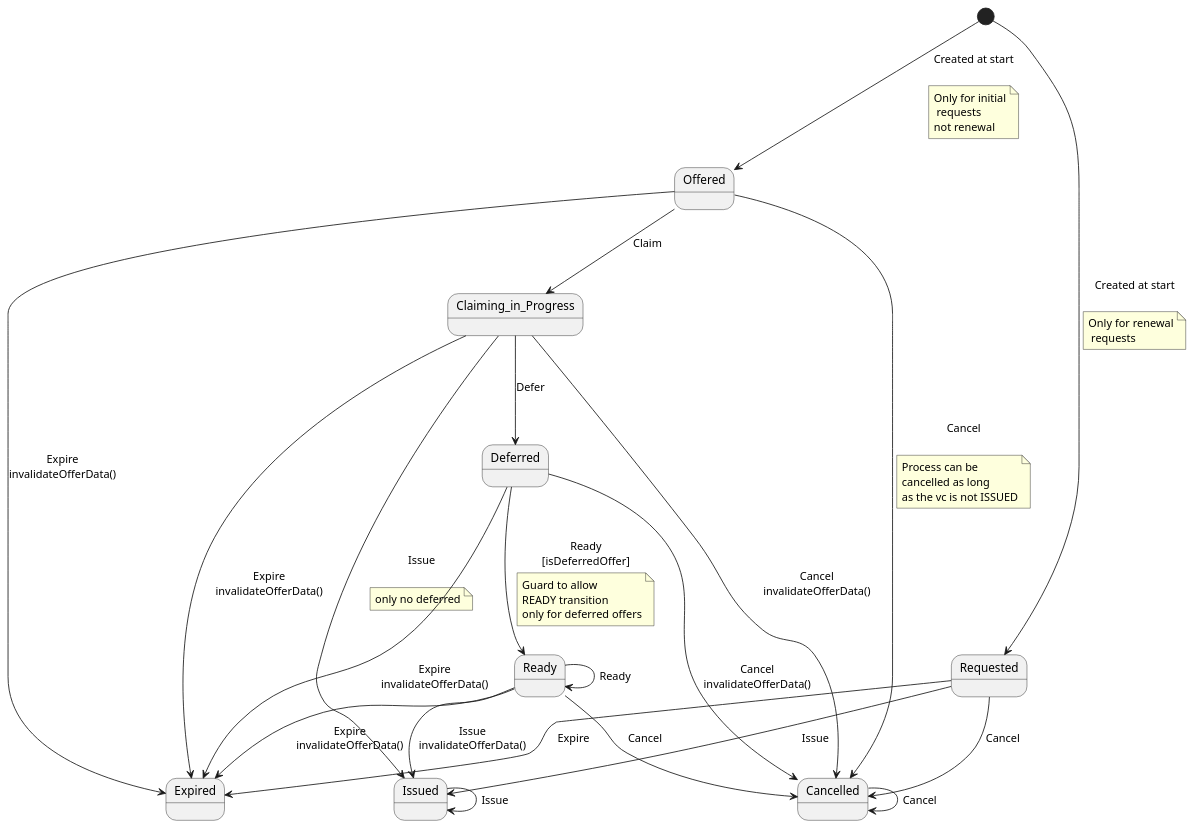
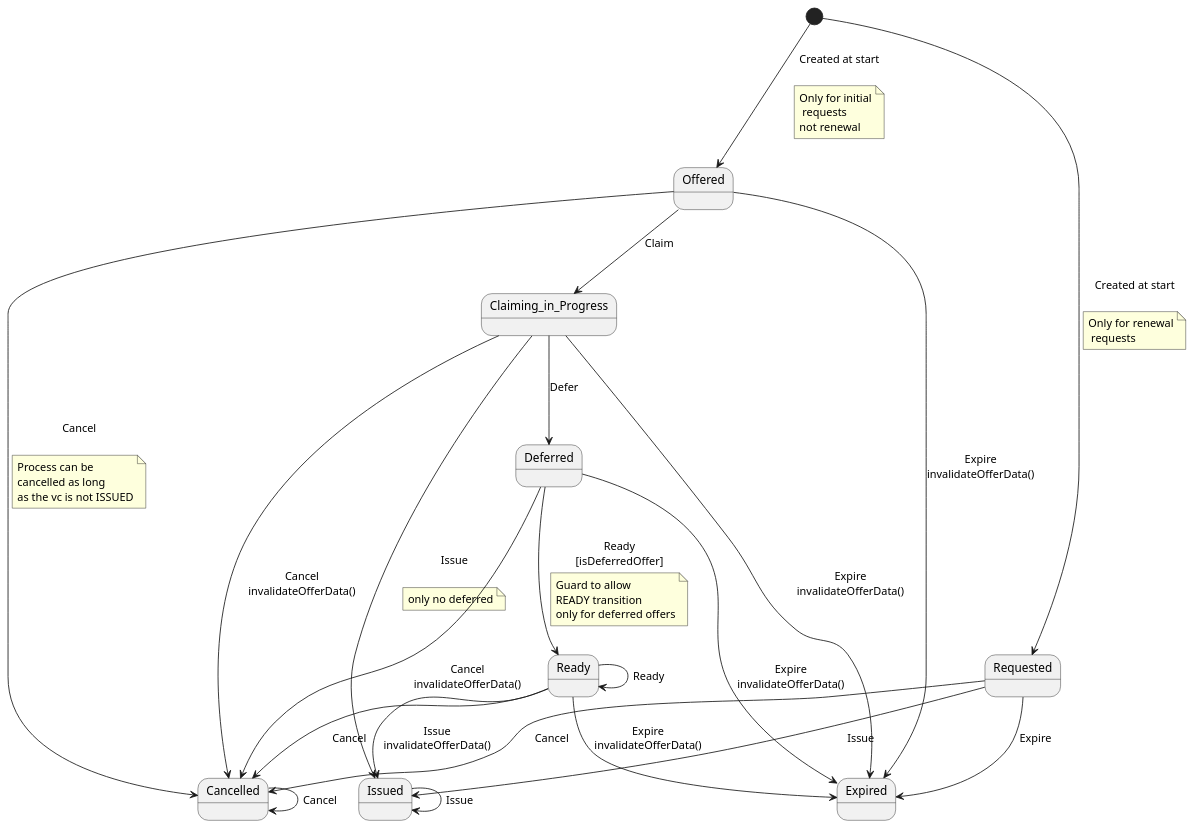
One commit to swiyu-admin-ch/swiyu-issuer changed the diagram in issuer-service/src/main/resources/plantuml/credentialOfferStateMachine.puml. Above: the diagram before and after it, drawn with PlantUML. The commit also changed other lines of this file and 17 other files, not shown here.

```diff
--- a/issuer-service/src/main/resources/plantuml/credentialOfferStateMachine.puml
+++ b/issuer-service/src/main/resources/plantuml/credentialOfferStateMachine.puml
@@ -1,58 +1,58 @@
 @startuml
+state Expired
 state Ready
-state Issued
-state Cancelled
-state Expired
+state Deferred
 state Claiming_in_Progress
 state Offered
 state Requested
-state Deferred
+state Cancelled
+state Issued
 [*] --> Offered : Created at start\n
 note on link
 Only for initial
  requests
 not renewal
 end note
 
 [*] --> Requested : Created at start\n
 note on link
 Only for renewal
  requests
 end note
 
 Requested --> Issued : Issue
 Requested --> Cancelled : Cancel
 Requested --> Expired : Expire
 Offered --> Cancelled : Cancel\n
 note on link
 Process can be
 cancelled as long
 as the vc is not ISSUED
 end note
 
 Offered --> Expired : Expire\ninvalidateOfferData()
 Offered --> Claiming_in_Progress : Claim
 Claiming_in_Progress --> Expired : Expire\ninvalidateOfferData()
 Claiming_in_Progress --> Deferred : Defer
 Claiming_in_Progress --> Issued : Issue\n
 note on link
 only no deferred
 end note
 
 Claiming_in_Progress --> Cancelled : Cancel\ninvalidateOfferData()
 Deferred --> Ready : Ready\n[isDeferredOffer]
 note on link
 Guard to allow
 READY transition
 only for deferred offers
 end note
 
 Deferred --> Expired : Expire\ninvalidateOfferData()
 Deferred --> Cancelled : Cancel\ninvalidateOfferData()
 Ready --> Issued : Issue\ninvalidateOfferData()
 Ready --> Expired : Expire\ninvalidateOfferData()
 Ready --> Cancelled : Cancel
 Ready --> Ready : Ready
 Issued --> Issued : Issue
 Cancelled --> Cancelled : Cancel
 @enduml
```
